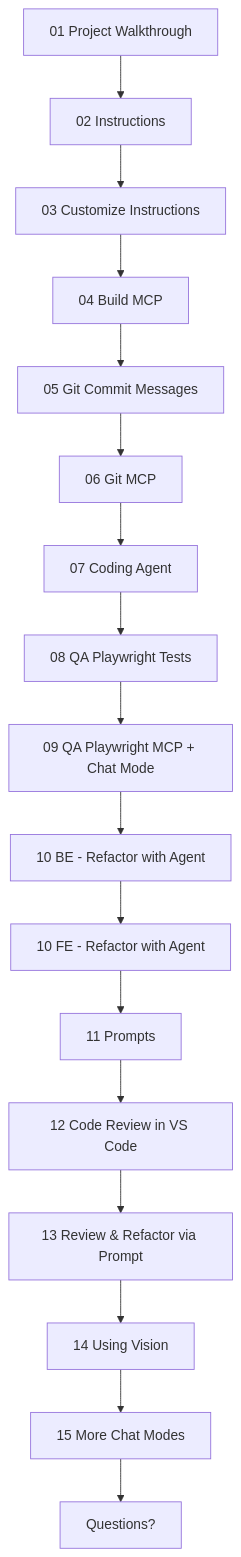
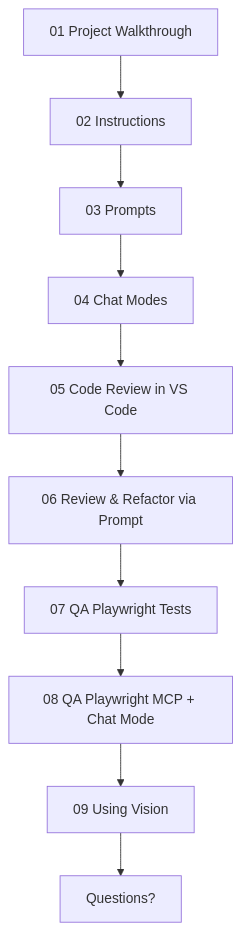
Before and after one commit to rdwr-goneng/copilot-ts-workshop-two: the diagram in .github/DEMOFLOW.md, drawn with Mermaid. The commit also changed other lines of this file and 2 other files, not shown here.

Commit message:
feat: Refactor DEMOFLOW and FULLFLOW with updated prompts and flowchart structure

````diff
--- a/.github/DEMOFLOW.md
+++ b/.github/DEMOFLOW.md
@@ -3,19 +3,12 @@
 ```mermaid
 flowchart TD
 	A[01 Project Walkthrough] --> B[02 Instructions]
-	B --> C[03 Customize Instructions]
-	C --> D[04 Build MCP]
-	D --> E[05 Git Commit Messages]
-	E --> F[06 Git MCP]
-	F --> G[07 Coding Agent]
-	G --> H[08 QA Playwright Tests]
-	H --> I[09 QA Playwright MCP + Chat Mode]
-	I --> J[10 BE - Refactor with Agent]
-	J --> K[10 FE - Refactor with Agent]
-	K --> L[11 Prompts]
-	L --> M[12 Code Review in VS Code]
-	M --> N[13 Review & Refactor via Prompt]
-	N --> O[14 Using Vision]
-	O --> P[15 More Chat Modes]
-	P --> Q[Questions?]
+	B --> C[03 Prompts]
+	C --> D[04 Chat Modes]
+	D --> E[05 Code Review in VS Code]
+	E --> F[06 Review & Refactor via Prompt]
+	F --> G[07 QA Playwright Tests]
+	G --> H[08 QA Playwright MCP + Chat Mode]
+	H --> I[09 Using Vision]
+	I --> J[Questions?]
 ```
````
